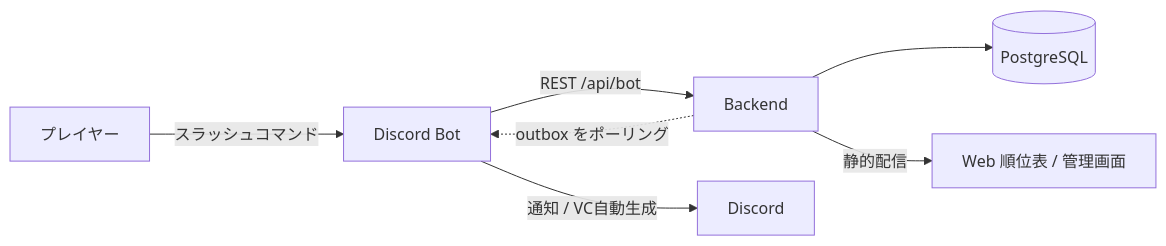
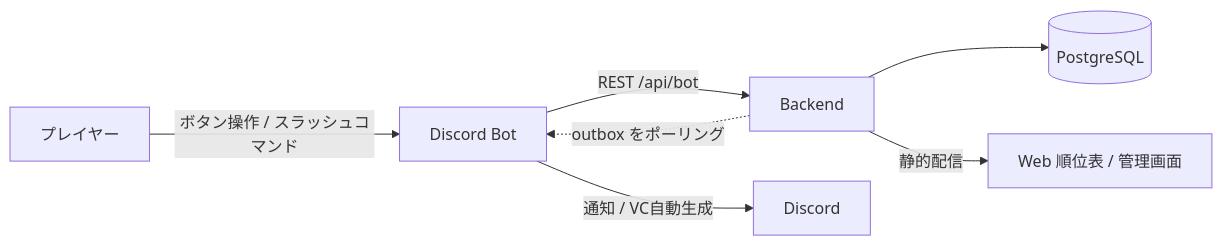
Before and after one commit to hhoriyama/duelarena: the diagram in README.md, drawn with Mermaid. The commit also changed other lines of this file, not shown here.

````diff
--- a/README.md
+++ b/README.md
@@ -9,9 +11,9 @@
 ```mermaid
 flowchart LR
-    P[プレイヤー] -->|スラッシュコマンド| BOT[Discord Bot]
+    P[プレイヤー] -->|ボタン操作 / スラッシュコマンド| BOT[Discord Bot]
     BOT -->|REST /api/bot| BE[Backend]
     BE -.->|outbox をポーリング| BOT
     BOT -->|通知 / VC自動生成| DC[Discord]
     BE --> DB[(PostgreSQL)]
     BE -->|静的配信| WEB[Web 順位表 / 管理画面]
 ```
````
